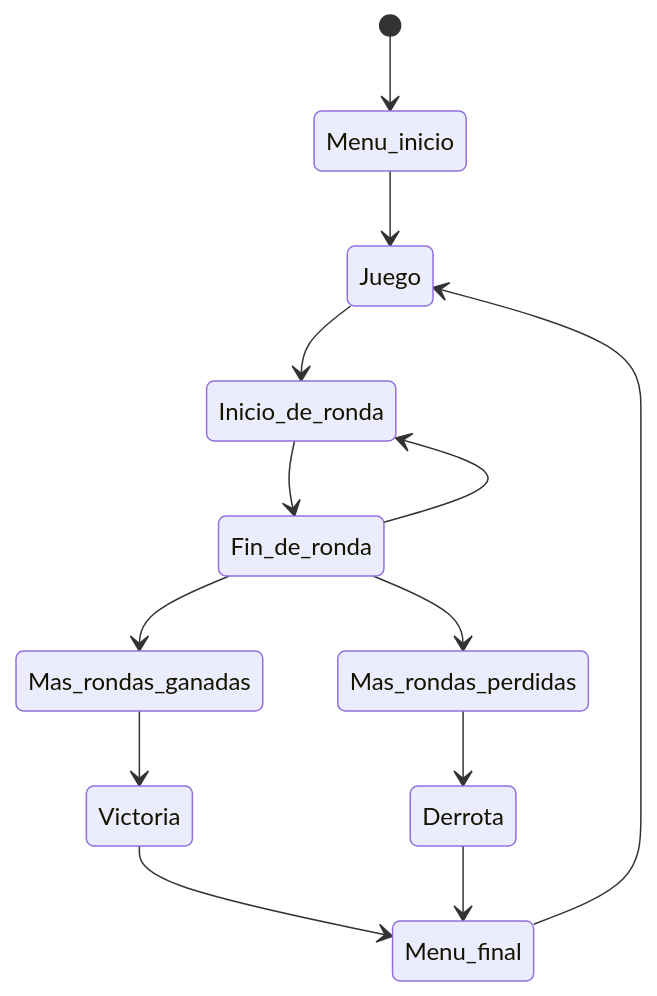
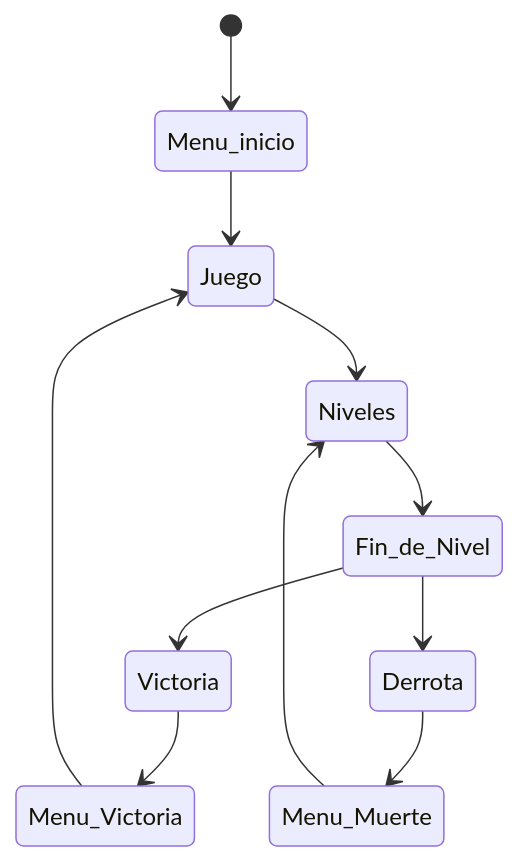
The first of 3 diagrams in README.md (dsanch12/DEV25-Sanchez), drawn with Mermaid before and after one commit. The commit also changed other lines of this file, not shown here.

````diff
--- a/README.md
+++ b/README.md
@@ -77,15 +53,13 @@
 ```mermaid
 stateDiagram
     [*] --> Menu_inicio
     Menu_inicio--> Juego
-    Juego --> Inicio_de_ronda
-    Inicio_de_ronda--> Fin_de_ronda
-    Fin_de_ronda--> Inicio_de_ronda
-    Fin_de_ronda--> Mas_rondas_ganadas
-    Mas_rondas_ganadas--> Victoria
-    Fin_de_ronda--> Mas_rondas_perdidas
-    Mas_rondas_perdidas--> Derrota
-    Victoria --> Menu_final
-    Derrota--> Menu_final
-    Menu_final--> Juego	
+    Juego--> Niveles
+    Niveles--> Fin_de_Nivel
+    Fin_de_Nivel--> Victoria
+    Fin_de_Nivel--> Derrota
+    Victoria --> Menu_Victoria
+    Derrota--> Menu_Muerte
+    Menu_Muerte--> Niveles
+    Menu_Victoria--> Juego	
 ```
````
